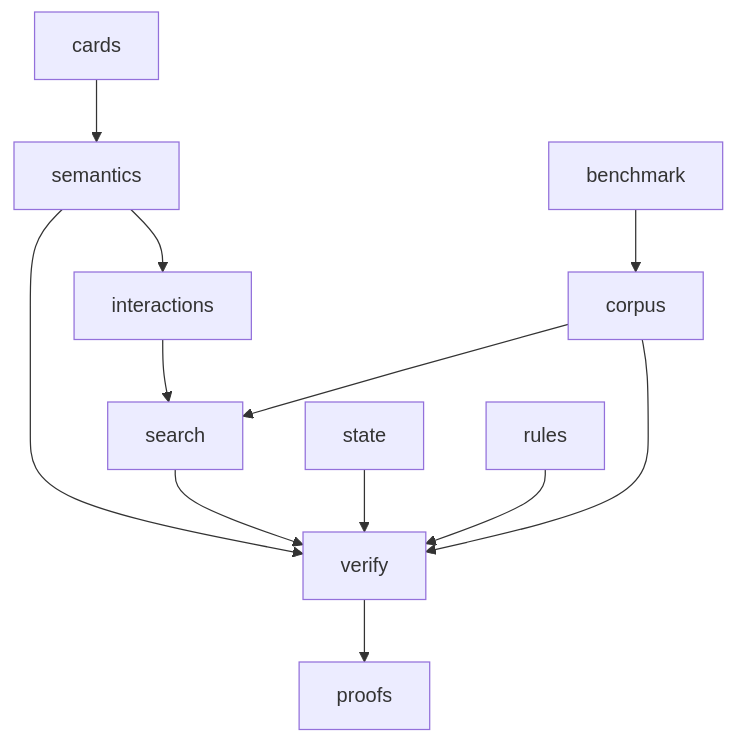
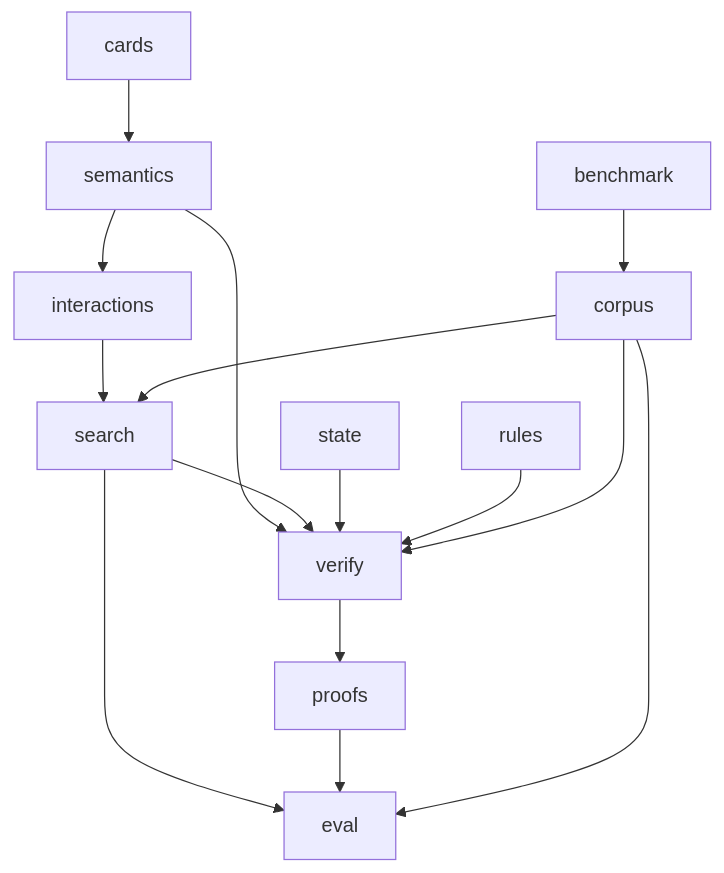
Before and after one commit to witzbeck/mtg-loop-engine: the diagram in src/mtg_loop_engine/README.md, drawn with Mermaid. The commit also changed other lines of this file and 10 other files, not shown here.

````diff
--- a/src/mtg_loop_engine/README.md
+++ b/src/mtg_loop_engine/README.md
@@ -9,14 +9,17 @@
 ```mermaid
 graph TB;
   cards[cards] --> semantics[semantics];
   semantics --> verify[verify];
   semantics --> interactions[interactions];
   interactions --> search[search];
   search --> verify;
   state[state] --> verify;
   rules[rules] --> verify;
   verify --> proofs[proofs];
   corpus[corpus] --> verify;
   corpus --> search;
+  search --> evalPkg[eval];
+  proofs --> evalPkg;
+  corpus --> evalPkg;
   benchmark[benchmark] --> corpus;
 ```
````
